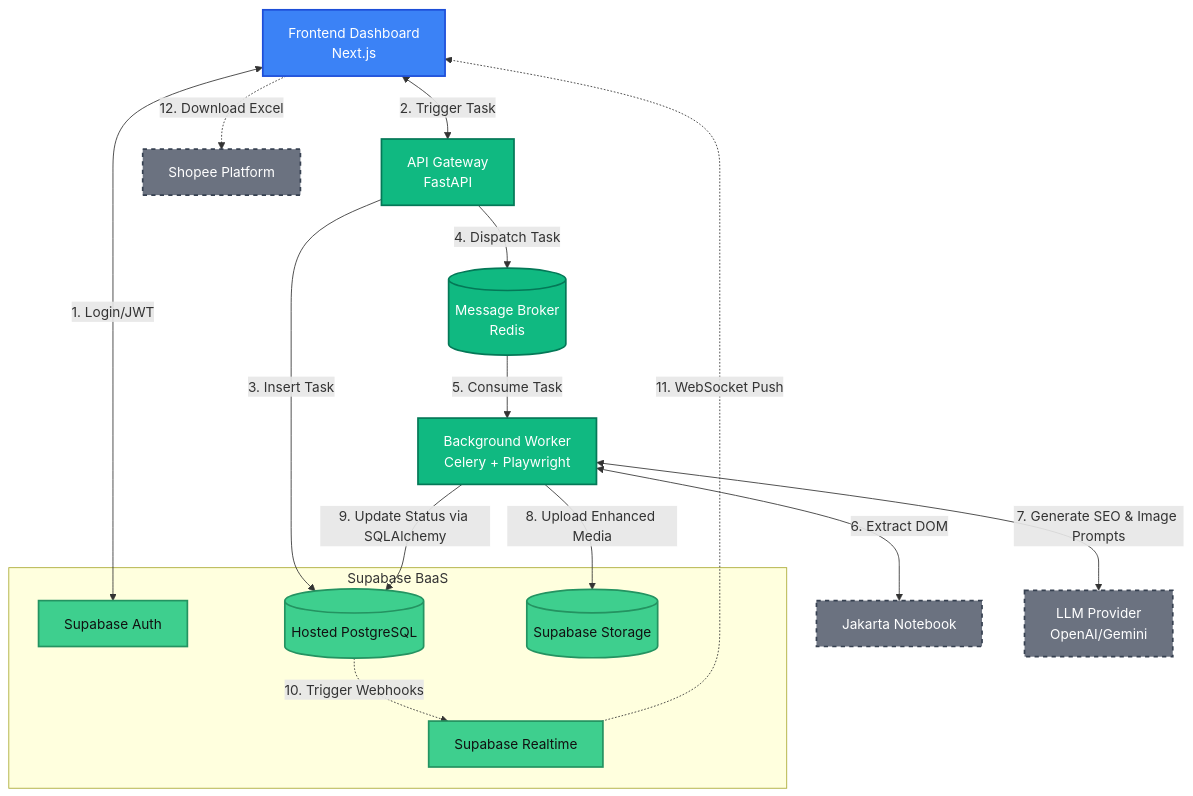
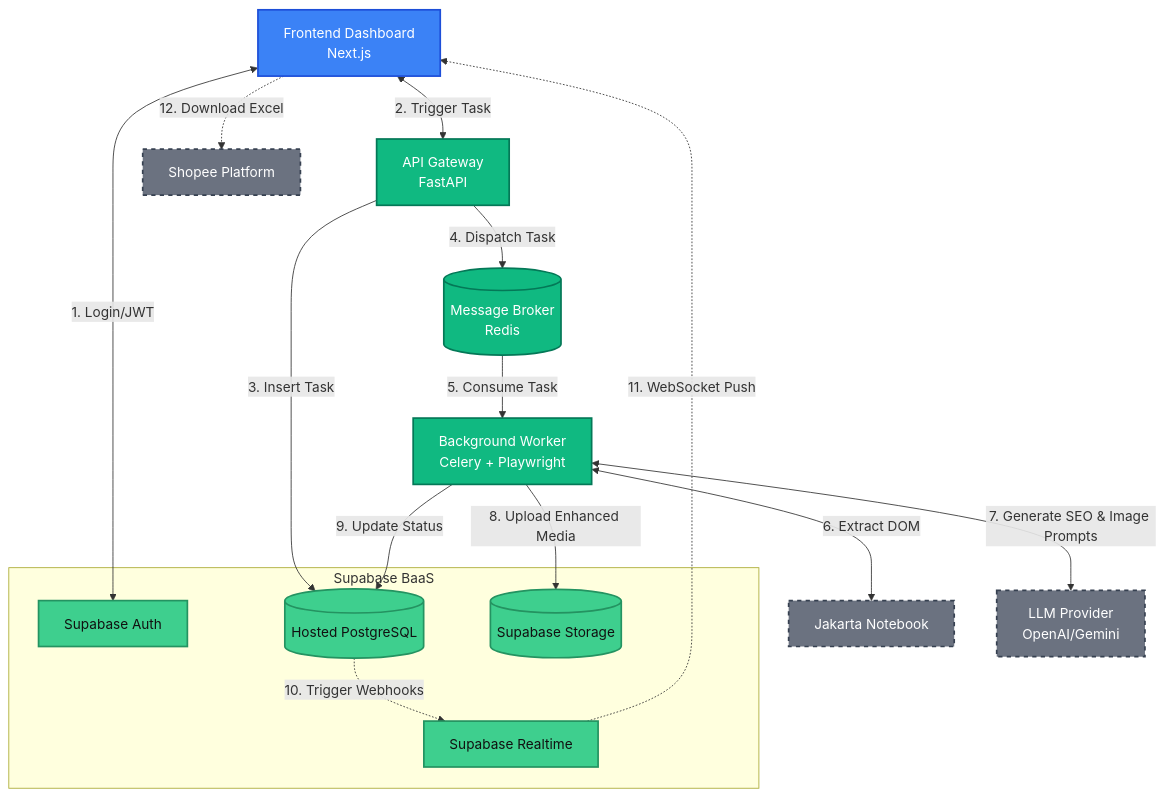
The diagram in docs/architecture.md (ahmadhakimitsnaini/Jack-of-Shop), drawn with Mermaid before and after one commit. The commit also changed 4 other files, not shown here.

````diff
--- a/docs/architecture.md
+++ b/docs/architecture.md
@@ -11,42 +11,42 @@
 ```mermaid
 graph TD
     %% Define Node Styles
     classDef frontend fill:#3b82f6,stroke:#1d4ed8,stroke-width:2px,color:#fff;
     classDef backend fill:#10b981,stroke:#047857,stroke-width:2px,color:#fff;
     classDef database fill:#10b981,stroke:#047857,stroke-width:2px,color:#fff;
     classDef external fill:#6b7280,stroke:#374151,stroke-width:2px,color:#fff,stroke-dasharray: 5 5;
     classDef supabase fill:#3ecf8e,stroke:#249361,stroke-width:2px,color:#111;
 
     %% Nodes
     Client[Frontend Dashboard<br/>Next.js]:::frontend
     API[API Gateway<br/>FastAPI]:::backend
     Cache[(Message Broker<br/>Redis)]:::database
     Worker[Background Worker<br/>Celery + Playwright]:::backend
 
     %% Supabase Ecosystem
     subgraph Supabase BaaS
         S_Auth[Supabase Auth]:::supabase
         S_DB[(Hosted PostgreSQL)]:::supabase
         S_Realtime[Supabase Realtime]:::supabase
         S_Storage[(Supabase Storage)]:::supabase
     end
 
     %% External Services
     Jaknote[Jakarta Notebook]:::external
     Shopee[Shopee Platform]:::external
     LLM[LLM Provider<br/>OpenAI/Gemini]:::external
 
     %% Connections
     Client <-->|1. Login/JWT| S_Auth
     Client <-->|2. Trigger Task| API
     API -->|3. Insert Task| S_DB
     API -->|4. Dispatch Task| Cache
     Cache -->|5. Consume Task| Worker
     Worker <-->|6. Extract DOM| Jaknote
     Worker <-->|7. Generate SEO & Image Prompts| LLM
     Worker -->|8. Upload Enhanced Media| S_Storage
-    Worker -->|9. Update Status via SQLAlchemy| S_DB
+    Worker -->|9. Update Status| S_DB
     S_DB -.->|10. Trigger Webhooks| S_Realtime
     S_Realtime -.->|11. WebSocket Push| Client
     Client -.->|12. Download Excel| Shopee
 ```
````
